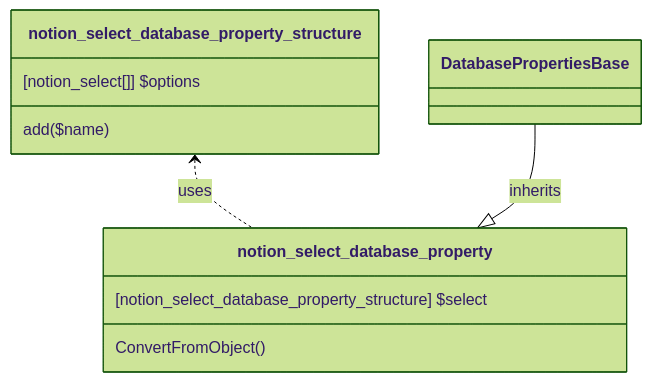
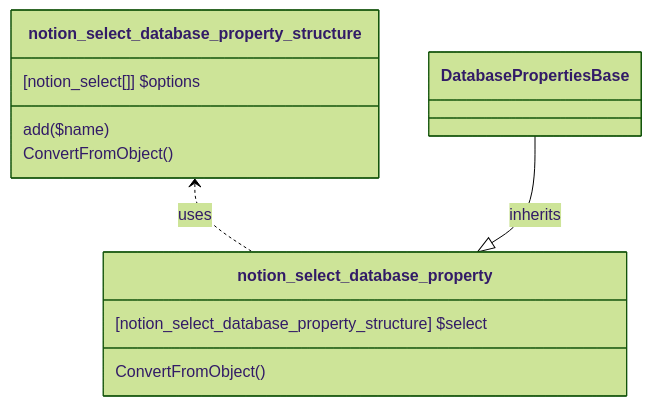
Before and after one commit to fasteiner/Notion: the diagram in source/WikiSource/Classes/Database/DatabaseProperties/19_dp_select.md, drawn with Mermaid (forest theme). The commit also changed other lines of this file and 80 other files, not shown here.

````diff
--- a/source/WikiSource/Classes/Database/DatabaseProperties/19_dp_select.md
+++ b/source/WikiSource/Classes/Database/DatabaseProperties/19_dp_select.md
@@ -5,15 +5,16 @@
 ```mermaid
 classDiagram
     class notion_select_database_property_structure{
         [notion_select[]] $options
         add($name)
+        ConvertFromObject()
     }
 
 
     class notion_select_database_property {
         [notion_select_database_property_structure] $select
         ConvertFromObject()
     }
     `notion_select_database_property_structure` <.. `notion_select_database_property`:uses
     `DatabasePropertiesBase` --|> `notion_select_database_property`:inherits
 ```
````
